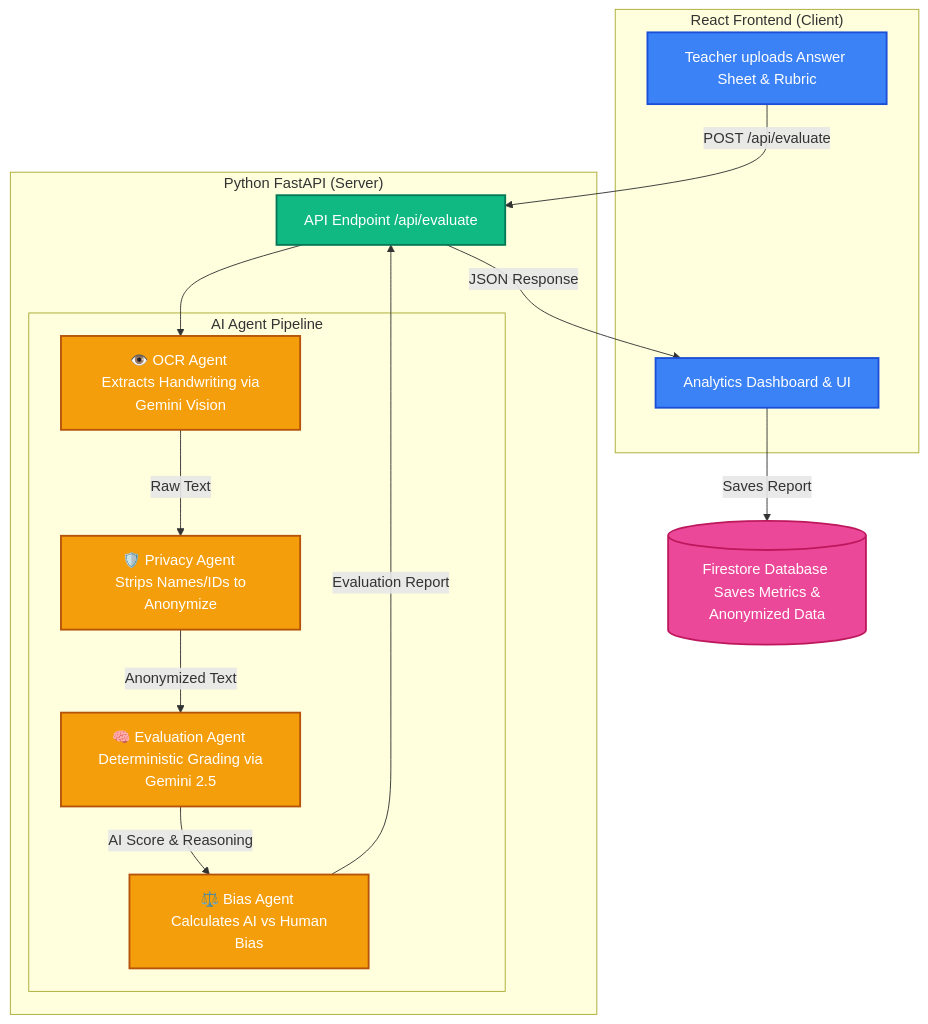
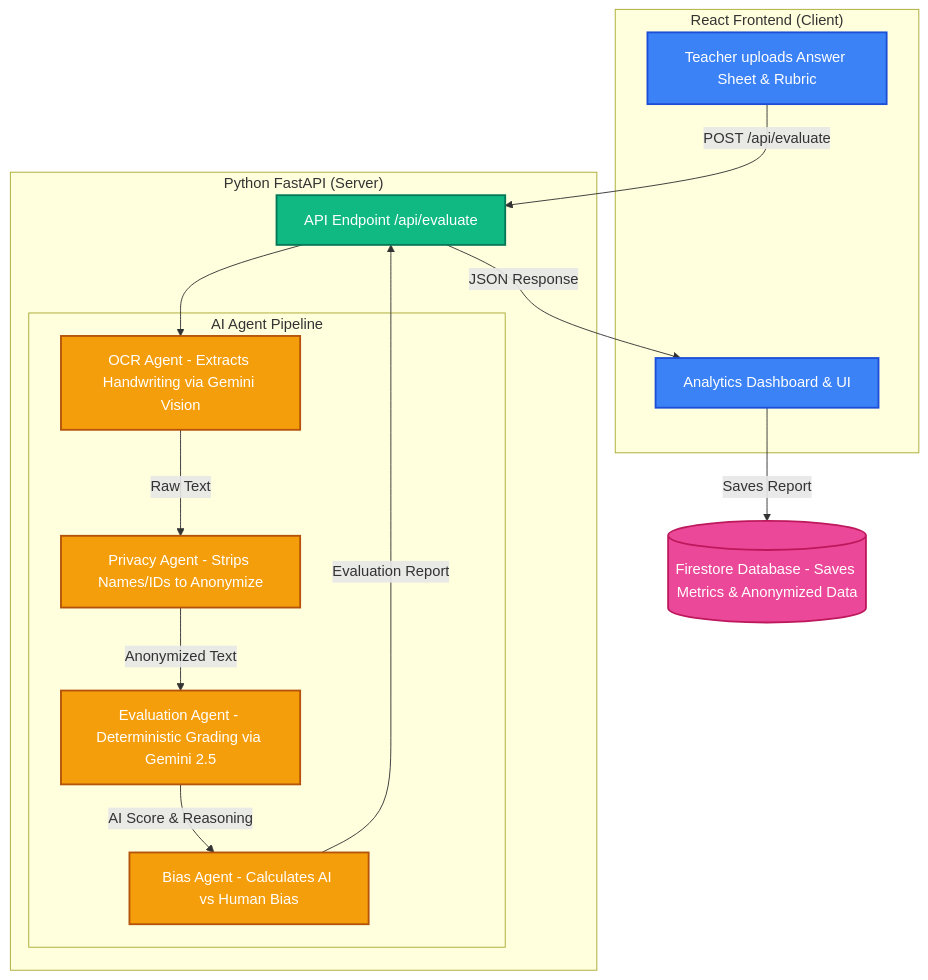
The diagram in README.md (Yashasm18/Fair-Grade), drawn with Mermaid before and after one commit. The commit also changed other lines of this file and 5 other files, not shown here.

````diff
--- a/README.md
+++ b/README.md
@@ -20,36 +29,36 @@
 ```mermaid
 graph TD
     %% Styling
     classDef frontend fill:#3b82f6,stroke:#1d4ed8,stroke-width:2px,color:#fff;
     classDef backend fill:#10b981,stroke:#047857,stroke-width:2px,color:#fff;
     classDef agents fill:#f59e0b,stroke:#b45309,stroke-width:2px,color:#fff;
     classDef database fill:#ec4899,stroke:#be185d,stroke-width:2px,color:#fff;
 
     subgraph "React Frontend (Client)"
         A[Teacher uploads Answer Sheet & Rubric]:::frontend
         B[Analytics Dashboard & UI]:::frontend
     end
 
     subgraph "Python FastAPI (Server)"
         C[API Endpoint /api/evaluate]:::backend
         
         subgraph "AI Agent Pipeline"
-            D[👁️ OCR Agent <br> Extracts Handwriting via Gemini Vision]:::agents
-            E[🛡️ Privacy Agent <br> Strips Names/IDs to Anonymize]:::agents
-            F[🧠 Evaluation Agent <br> Deterministic Grading via Gemini 2.5]:::agents
-            G[⚖️ Bias Agent <br> Calculates AI vs Human Bias]:::agents
+            D["OCR Agent - Extracts Handwriting via Gemini Vision"]:::agents
+            E["Privacy Agent - Strips Names/IDs to Anonymize"]:::agents
+            F["Evaluation Agent - Deterministic Grading via Gemini 2.5"]:::agents
+            G["Bias Agent - Calculates AI vs Human Bias"]:::agents
         end
     end
 
-    H[(Firestore Database <br> Saves Metrics & Anonymized Data)]:::database
+    H[("Firestore Database - Saves Metrics & Anonymized Data")]:::database
 
     %% Connections
     A -- "POST /api/evaluate" --> C
     C --> D
     D -- "Raw Text" --> E
     E -- "Anonymized Text" --> F
     F -- "AI Score & Reasoning" --> G
     G -- "Evaluation Report" --> C
     C -- "JSON Response" --> B
     B -- "Saves Report" --> H
 ```
````
